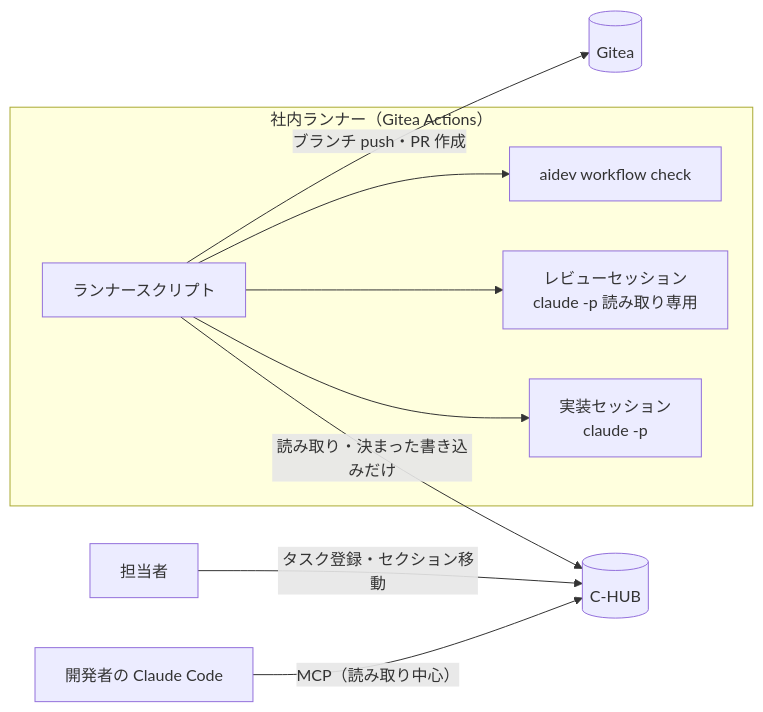
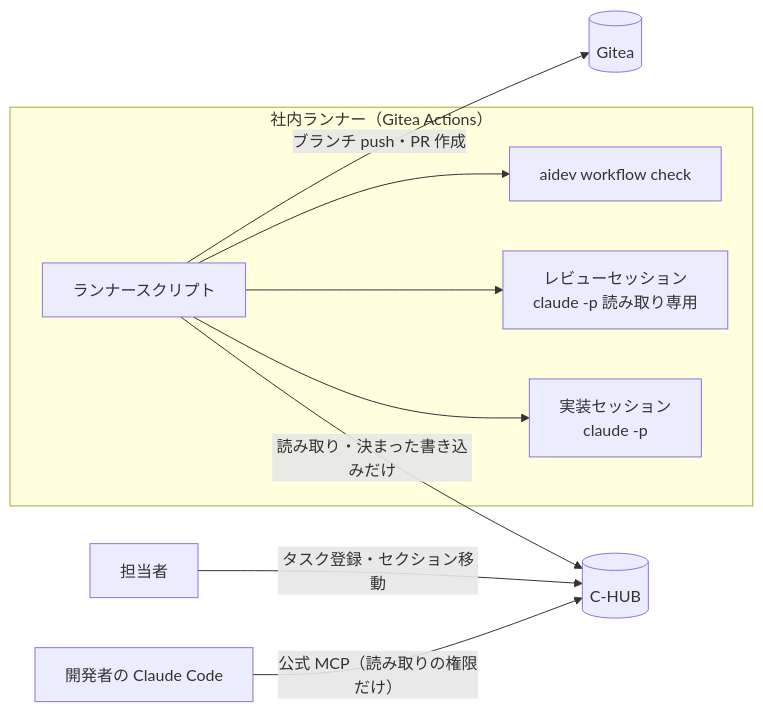
One commit to roonawa/skills changed the first of 2 diagrams in ai-development-platform/docs/autonomous-runner-design.md. Above: the diagram before and after it, drawn with Mermaid. The commit also changed other lines of this file and 7 other files, not shown here.

First line of the commit message:
feat: C-HUB の接続先を chub.ailesys.co.jp に移し、対話用は公式 MCP に切り替える

````diff
--- a/ai-development-platform/docs/autonomous-runner-design.md
+++ b/ai-development-platform/docs/autonomous-runner-design.md
@@ -42,16 +46,16 @@
 ```mermaid
 flowchart LR
   person[担当者] -- タスク登録・セクション移動 --> chub[(C-HUB)]
   subgraph runner[社内ランナー（Gitea Actions）]
     poll[ランナースクリプト]
     impl[実装セッション<br/>claude -p]
     review[レビューセッション<br/>claude -p 読み取り専用]
     cli[aidev workflow check]
   end
   poll -- 読み取り・決まった書き込みだけ --> chub
   poll --> impl
   poll --> review
   poll --> cli
   poll -- ブランチ push・PR 作成 --> gitea[(Gitea)]
-  dev[開発者の Claude Code] -- MCP（読み取り中心） --> chub
+  dev[開発者の Claude Code] -- 公式 MCP（読み取りの権限だけ） --> chub
 ```
````
